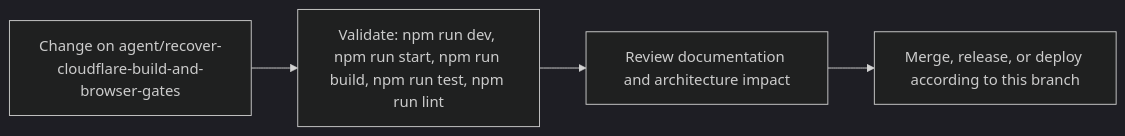
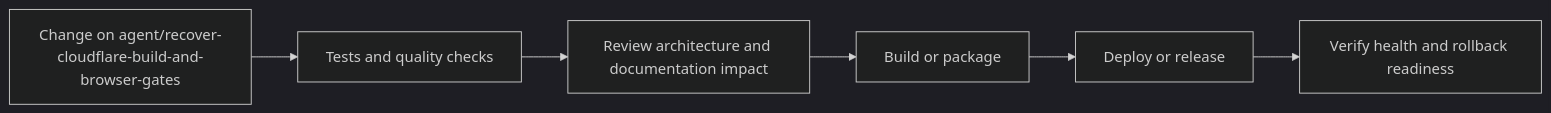
The fifth of 6 diagrams in README.md (Nischhalsubba/BindForge-NW), drawn with Mermaid (dark theme) before and after one commit. The commit also changed other lines of this file, not shown here.

````diff
--- a/README.md
+++ b/README.md
@@ -87,8 +183,8 @@
 ```mermaid
 flowchart LR
-    CHANGE["Change on agent/recover-cloudflare-build-and-browser-gates"]
-    CHECK["Validate: npm run dev, npm run start, npm run build, npm run test, npm run lint"]
-    REVIEW["Review documentation and architecture impact"]
-    RELEASE["Merge, release, or deploy according to this branch"]
-    CHANGE --> CHECK --> REVIEW --> RELEASE
+    CHANGE["Change on agent/recover-cloudflare-build-and-browser-gates"] --> CHECK["Tests and quality checks"]
+    CHECK --> REVIEW["Review architecture and documentation impact"]
+    REVIEW --> BUILD["Build or package"]
+    BUILD --> DEPLOY["Deploy or release"]
+    DEPLOY --> VERIFY["Verify health and rollback readiness"]
 ```
````
